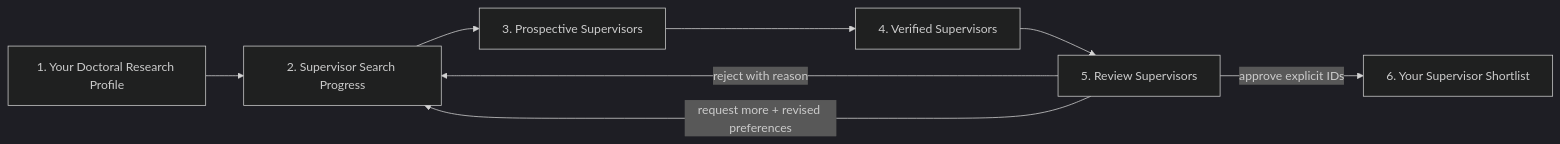
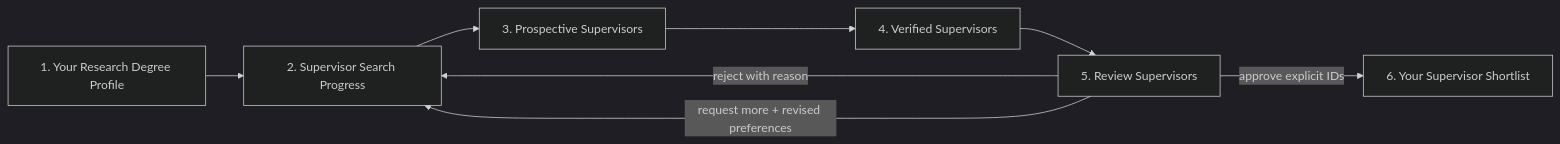
Before and after one commit to shanly-rajan/ai-builder: the second of 26 diagrams in projects/scholar-path/docs/architecture.md, drawn with Mermaid (dark theme). The commit also changed other lines of this file and 41 other files, not shown here.

Commit message:
feat: add compact research-degree ScholarPath UI

````diff
--- a/projects/scholar-path/docs/architecture.md
+++ b/projects/scholar-path/docs/architecture.md
@@ -53,10 +53,10 @@
 ```mermaid
 flowchart LR
-    P[1. Your Doctoral Research Profile] --> X[2. Supervisor Search Progress]
+    P[1. Your Research Degree Profile] --> X[2. Supervisor Search Progress]
     X --> PS[3. Prospective Supervisors]
     PS --> VS[4. Verified Supervisors]
     VS --> R[5. Review Supervisors]
     R -->|approve explicit IDs| S[6. Your Supervisor Shortlist]
     R -->|reject with reason| X
     R -->|request more + revised preferences| X
 ```
````
